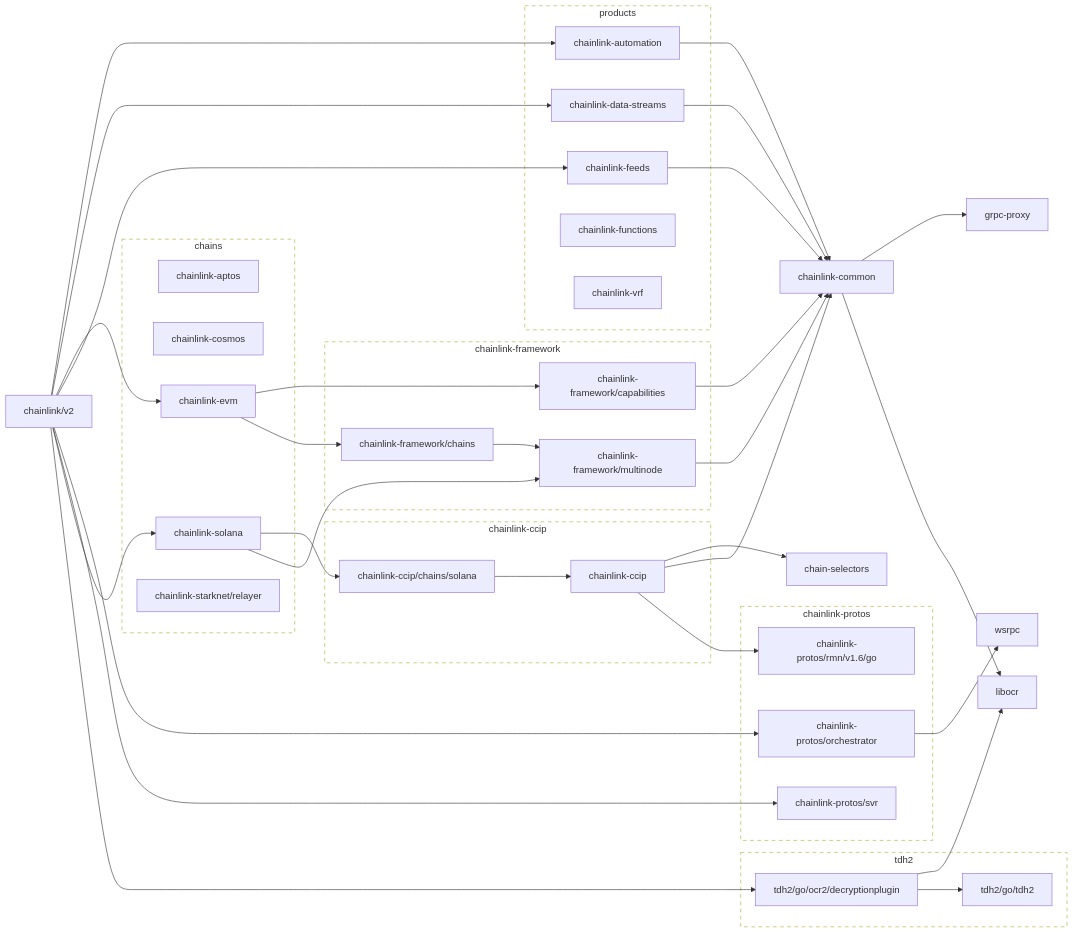
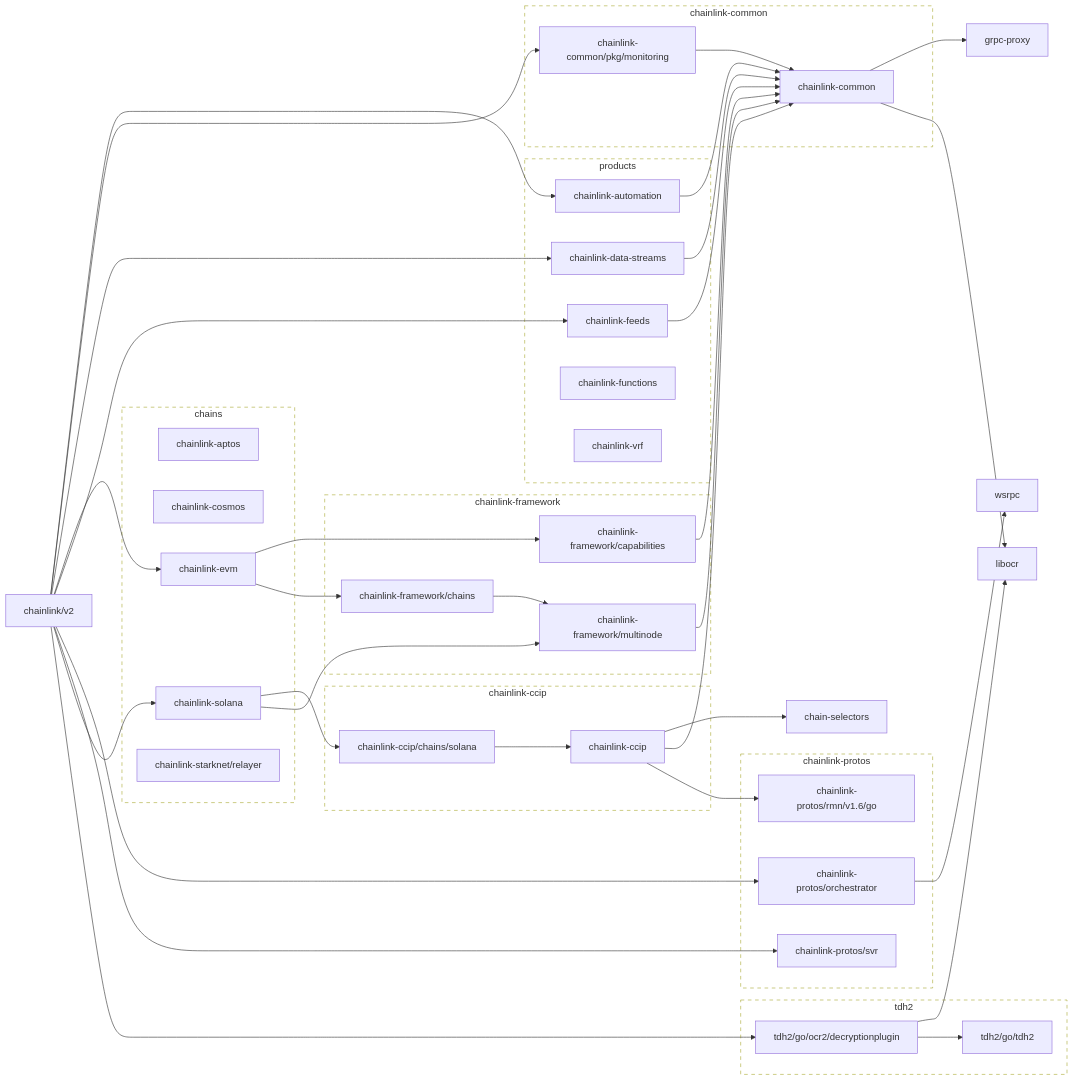
Before and after one commit to JohnDaWalka/chainlink: the first of 2 diagrams in go.md, drawn with Mermaid. The commit also changed other lines of this file and 20 other files, not shown here.

````diff
--- a/go.md
+++ b/go.md
@@ -34,6 +34,8 @@
 	chainlink-common --> grpc-proxy
 	chainlink-common --> libocr
 	click chainlink-common href "https://github.com/smartcontractkit/chainlink-common"
+	chainlink-common/pkg/monitoring --> chainlink-common
+	click chainlink-common/pkg/monitoring href "https://github.com/smartcontractkit/chainlink-common"
 	chainlink-data-streams --> chainlink-common
 	click chainlink-data-streams href "https://github.com/smartcontractkit/chainlink-data-streams"
 	chainlink-evm --> chainlink-framework/capabilities
@@ -57,6 +59,7 @@
 	chainlink-solana --> chainlink-framework/multinode
 	click chainlink-solana href "https://github.com/smartcontractkit/chainlink-solana"
 	chainlink/v2 --> chainlink-automation
+	chainlink/v2 --> chainlink-common/pkg/monitoring
 	chainlink/v2 --> chainlink-data-streams
 	chainlink/v2 --> chainlink-evm
 	chainlink/v2 --> chainlink-feeds
@@ -83,6 +86,12 @@
 	end
 	click chainlink-ccip-repo href "https://github.com/smartcontractkit/chainlink-ccip"
 
+	subgraph chainlink-common-repo[chainlink-common]
+		 chainlink-common
+		 chainlink-common/pkg/monitoring
+	end
+	click chainlink-common-repo href "https://github.com/smartcontractkit/chainlink-common"
+
 	subgraph chainlink-framework-repo[chainlink-framework]
 		 chainlink-framework/capabilities
 		 chainlink-framework/chains
@@ -104,5 +113,5 @@
 	click tdh2-repo href "https://github.com/smartcontractkit/tdh2"
 
 	classDef outline stroke-dasharray:6,fill:none;
-	class chainlink-ccip-repo,chainlink-framework-repo,chainlink-protos-repo,tdh2-repo outline
+	class chainlink-ccip-repo,chainlink-common-repo,chainlink-framework-repo,chainlink-protos-repo,tdh2-repo outline
 ```
````
